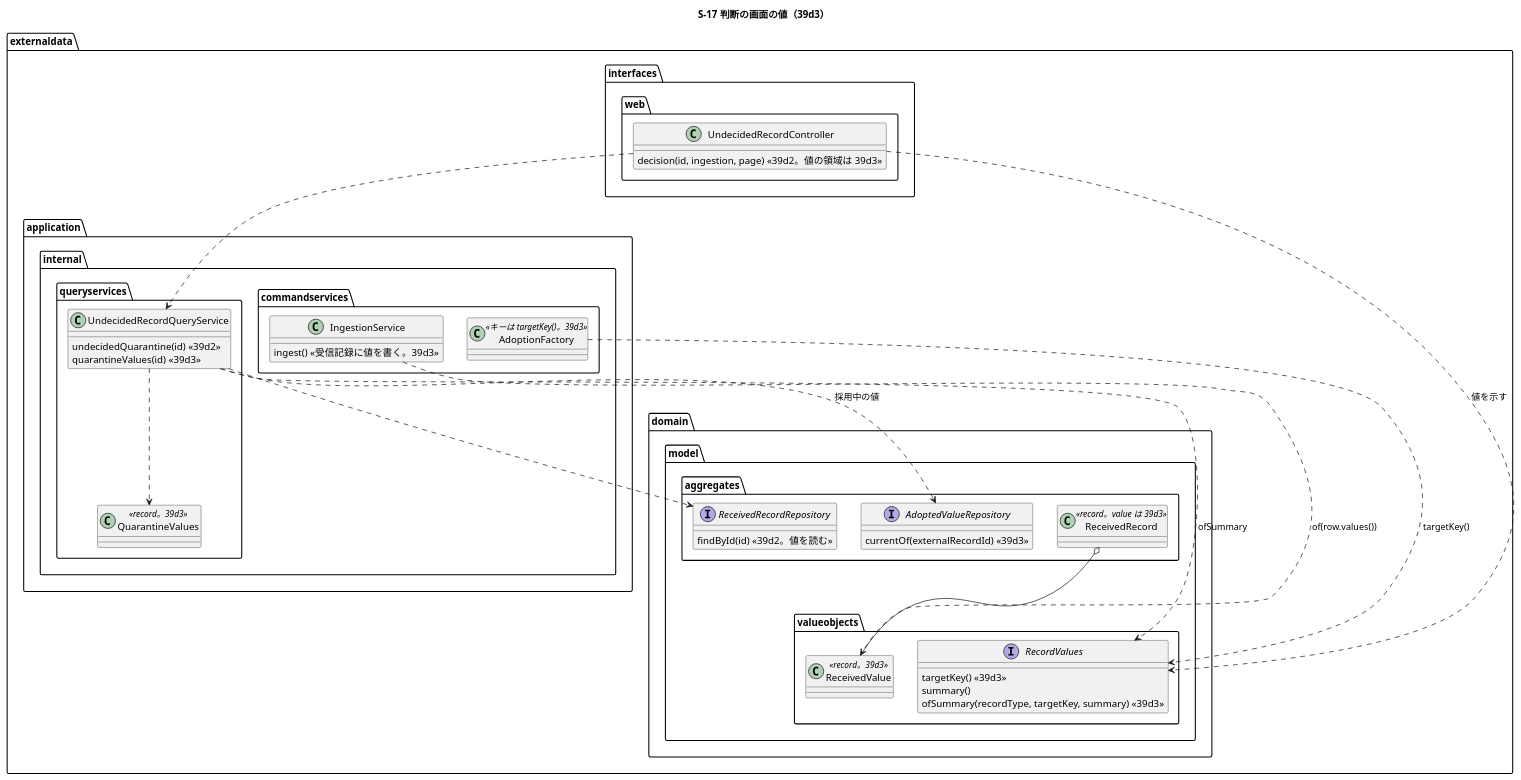
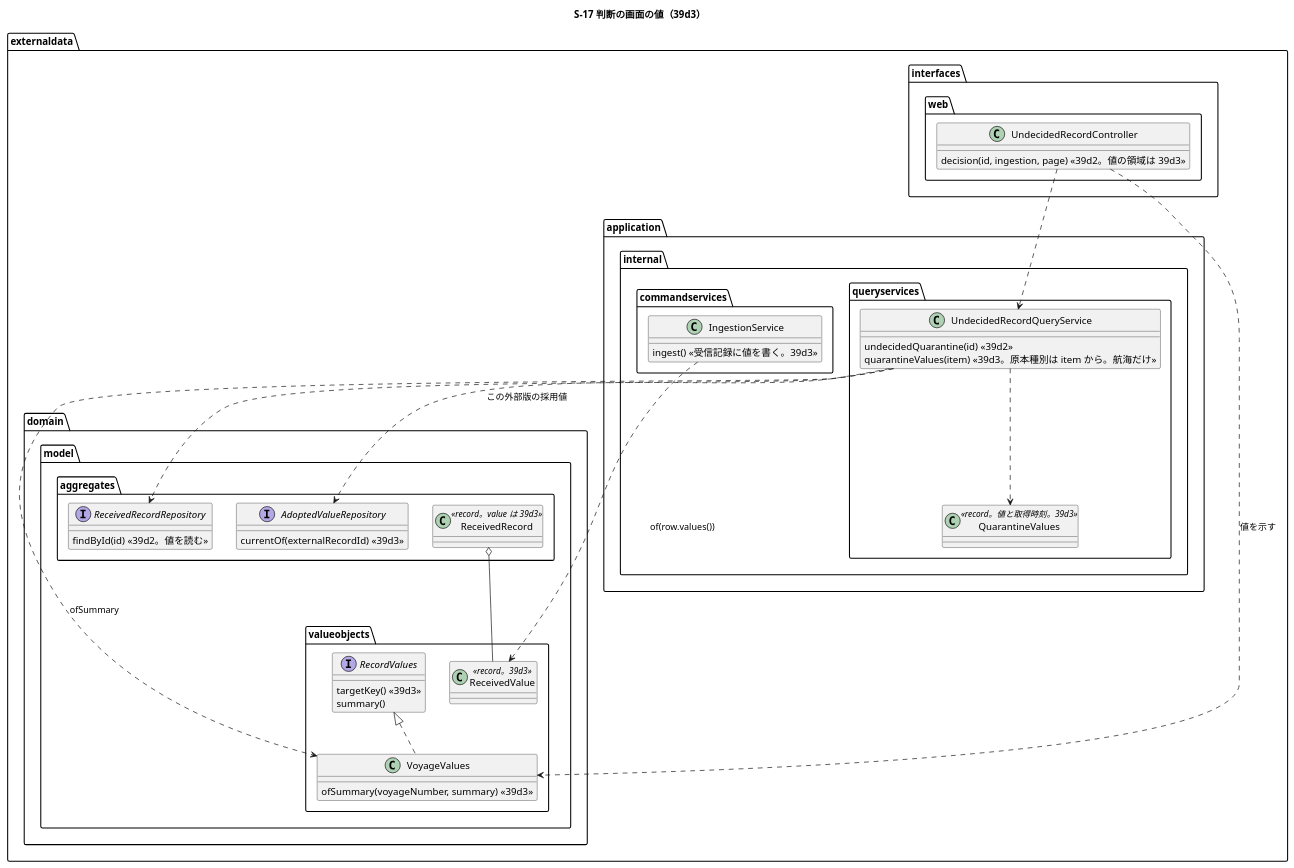
Before and after one commit to k2works/practical-domain-driven-design-in-enterpris-application: the second of 3 diagrams in docs/development/cargo-tracker/bolt_39d3_plan.md, drawn with PlantUML. The commit also changed other lines of this file and 2 other files, not shown here.

````diff
--- a/docs/development/cargo-tracker/bolt_39d3_plan.md
+++ b/docs/development/cargo-tracker/bolt_39d3_plan.md
@@ -250,49 +310,50 @@
 ```plantuml
 @startuml
 title S-17 判断の画面の値（39d3）
 package "externaldata.interfaces.web" {
   class UndecidedRecordController {
     decision(id, ingestion, page) <<39d2。値の領域は 39d3>>
   }
 }
 package "externaldata.application.internal.queryservices" {
   class UndecidedRecordQueryService {
     undecidedQuarantine(id) <<39d2>>
-    quarantineValues(id) <<39d3>>
+    quarantineValues(item) <<39d3。原本種別は item から。航海だけ>>
   }
-  class QuarantineValues <<record。39d3>>
+  class QuarantineValues <<record。値と取得時刻。39d3>>
 }
 package "externaldata.application.internal.commandservices" {
   class IngestionService {
     ingest() <<受信記録に値を書く。39d3>>
   }
-  class AdoptionFactory <<キーは targetKey()。39d3>>
 }
 package "externaldata.domain.model.aggregates" {
   class ReceivedRecord <<record。value は 39d3>>
   interface ReceivedRecordRepository {
     findById(id) <<39d2。値を読む>>
   }
   interface AdoptedValueRepository {
     currentOf(externalRecordId) <<39d3>>
   }
 }
 package "externaldata.domain.model.valueobjects" {
   class ReceivedValue <<record。39d3>>
   interface RecordValues {
     targetKey() <<39d3>>
     summary()
-    ofSummary(recordType, targetKey, summary) <<39d3>>
+  }
+  class VoyageValues {
+    ofSummary(voyageNumber, summary) <<39d3>>
   }
 }
+RecordValues <|.. VoyageValues
 UndecidedRecordController ..> UndecidedRecordQueryService
-UndecidedRecordController ..> RecordValues : 値を示す
+UndecidedRecordController ..> VoyageValues : 値を示す
 UndecidedRecordQueryService ..> ReceivedRecordRepository
-UndecidedRecordQueryService ..> AdoptedValueRepository : 採用中の値
+UndecidedRecordQueryService ..> AdoptedValueRepository : この外部版の採用値
 UndecidedRecordQueryService ..> QuarantineValues
-UndecidedRecordQueryService ..> RecordValues : ofSummary
+UndecidedRecordQueryService ..> VoyageValues : ofSummary
 IngestionService ..> ReceivedValue : of(row.values())
-AdoptionFactory ..> RecordValues : targetKey()
 ReceivedRecord o-- ReceivedValue
 @enduml
 ```
````
